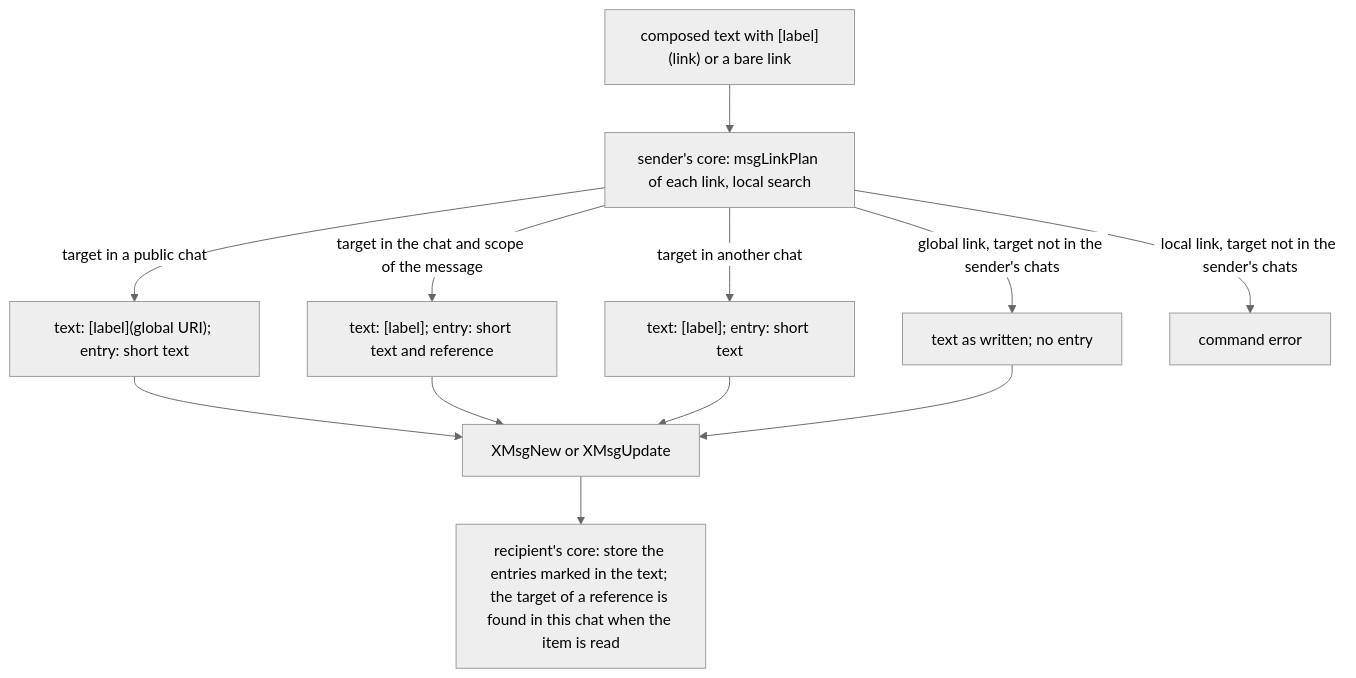
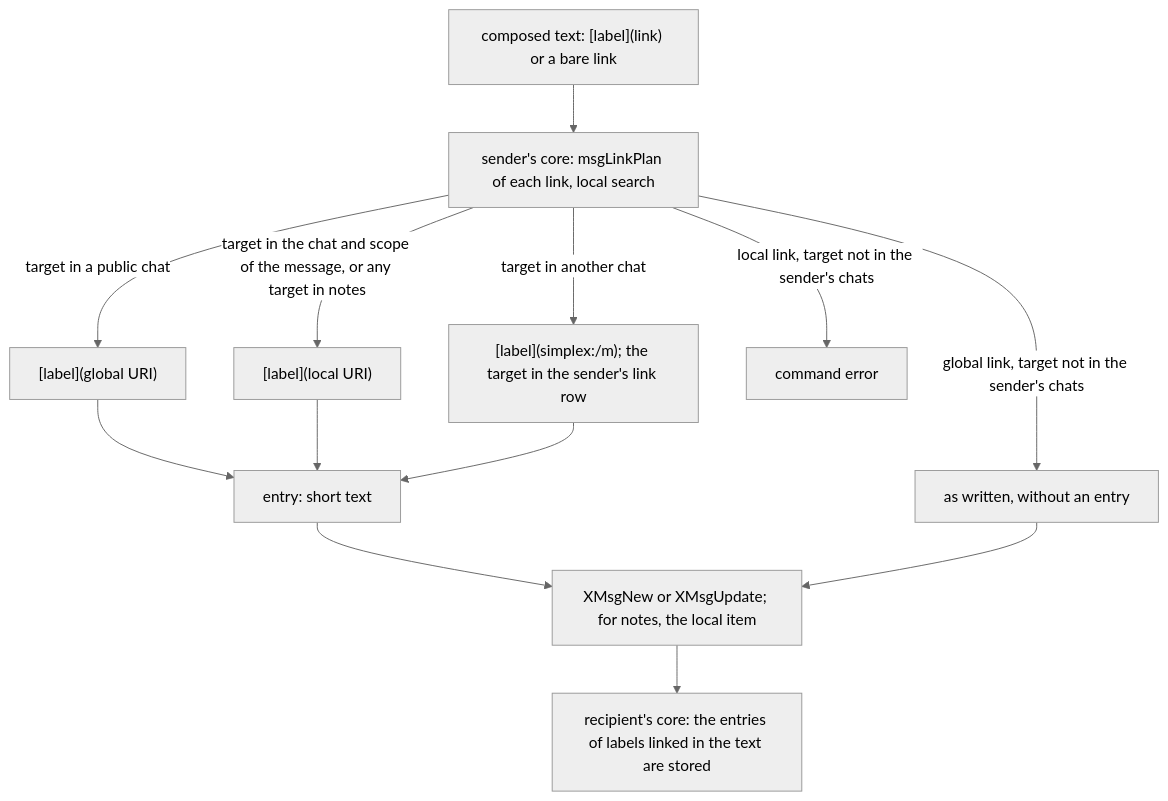
The second of 7 diagrams in plans/2026-11-22-message-references.md (evgeny-simplex/simplex-chat), drawn with Mermaid (neutral theme) before and after one commit. The commit also changed other lines of this file, not shown here.

Commit message:
core: plan message links as hyperlinks with references

````diff
--- a/plans/2026-11-22-message-references.md
+++ b/plans/2026-11-22-message-references.md
@@ -147,14 +199,15 @@
 ```mermaid
 flowchart TD
-  T["composed text with [label](link) or a bare link"] --> P[sender's core: msgLinkPlan of each link, local search]
-  P -->|target in a public chat| G["text: [label](global URI); entry: short text"]
-  P -->|target in the chat and scope of the message| S["text: [label]; entry: short text and reference"]
-  P -->|target in another chat| O["text: [label]; entry: short text"]
-  P -->|global link, target not in the sender's chats| GW[text as written; no entry]
+  T["composed text: [label](link) or a bare link"] --> P[sender's core: msgLinkPlan of each link, local search]
+  P -->|target in a public chat| G["[label](global URI)"]
+  P -->|target in the chat and scope of the message, or any target in notes| S["[label](local URI)"]
+  P -->|target in another chat| O["[label](simplex:/m); the target in the sender's link row"]
+  P -->|global link, target not in the sender's chats| GW[as written, without an entry]
   P -->|local link, target not in the sender's chats| E[command error]
-  G --> W[XMsgNew or XMsgUpdate]
-  S --> W
-  O --> W
+  G --> M[entry: short text]
+  S --> M
+  O --> M
+  M --> W[XMsgNew or XMsgUpdate; for notes, the local item]
   GW --> W
-  W --> R[recipient's core: store the entries marked in the text; the target of a reference is found in this chat when the item is read]
+  W --> R[recipient's core: the entries of labels linked in the text are stored]
 ```
````
